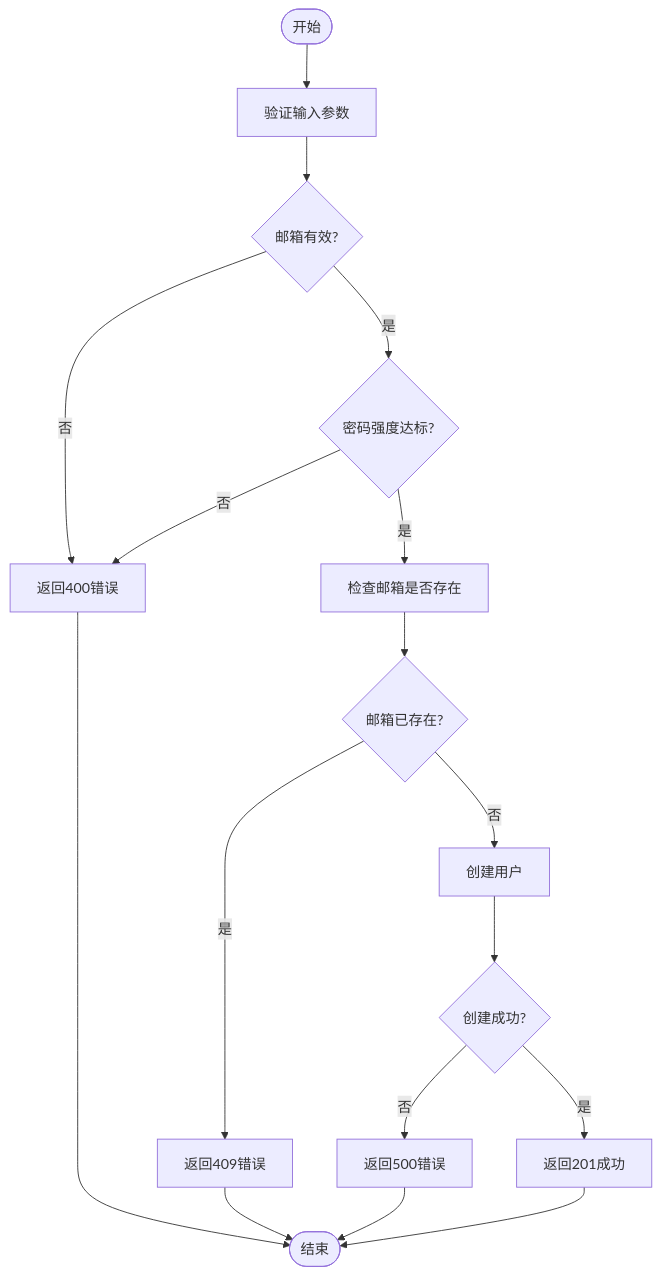
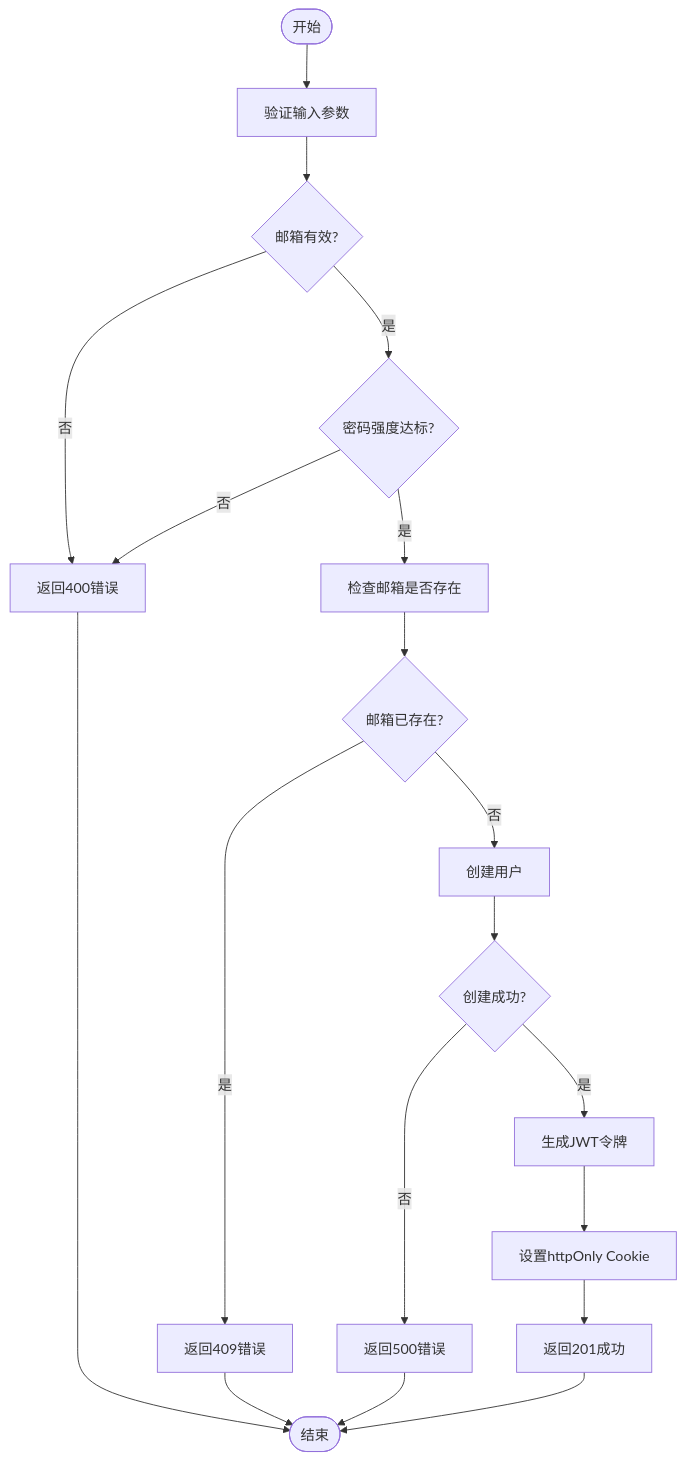
One commit to arthurlee116/english-listening-trainer changed the fourth of 7 diagrams in .qoder/repowiki/zh/content/后端API接口/认证API/认证API.md. Above: the diagram before and after it, drawn with Mermaid. The commit also changed other lines of this file and 58 other files, not shown here.

````diff
--- a/.qoder/repowiki/zh/content/后端API接口/认证API/认证API.md
+++ b/.qoder/repowiki/zh/content/后端API接口/认证API/认证API.md
@@ -134,19 +138,21 @@
 ```mermaid
 flowchart TD
 Start([开始]) --> ValidateInput["验证输入参数"]
 ValidateInput --> EmailValid{"邮箱有效?"}
 EmailValid --> |否| ReturnError400["返回400错误"]
 EmailValid --> |是| PasswordStrong{"密码强度达标?"}
 PasswordStrong --> |否| ReturnError400["返回400错误"]
 PasswordStrong --> |是| CheckExistence["检查邮箱是否存在"]
 CheckExistence --> Exists{"邮箱已存在?"}
 Exists --> |是| ReturnError409["返回409错误"]
 Exists --> |否| CreateUser["创建用户"]
 CreateUser --> Success{"创建成功?"}
 Success --> |否| ReturnError500["返回500错误"]
-Success --> |是| ReturnSuccess["返回201成功"]
+Success --> |是| GenerateToken["生成JWT令牌"]
+GenerateToken --> SetCookie["设置httpOnly Cookie"]
+SetCookie --> ReturnSuccess["返回201成功"]
 ReturnError400 --> End([结束])
 ReturnError409 --> End
 ReturnError500 --> End
 ReturnSuccess --> End
 ```
````
